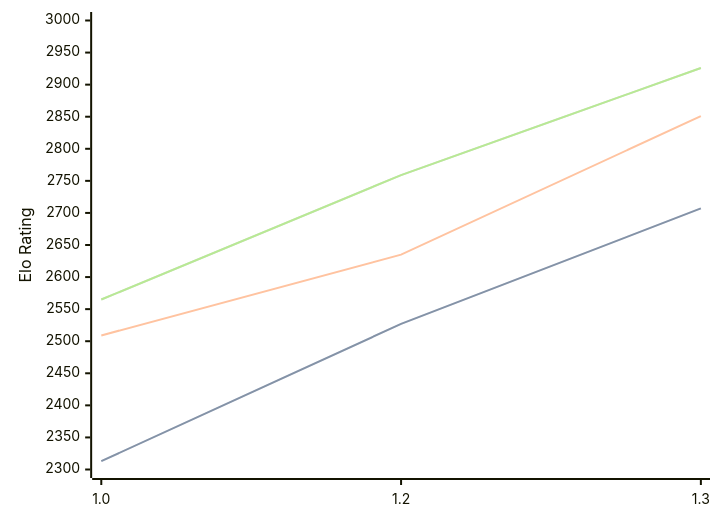
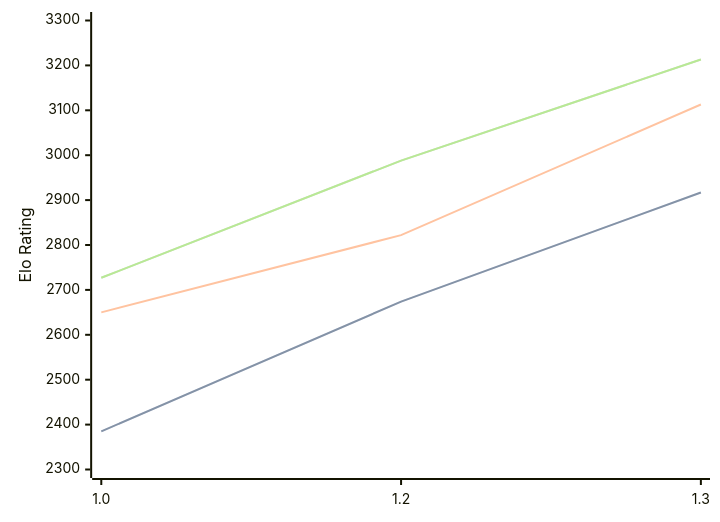
One commit to computer-chess-index/cci changed the diagram in engines/Chessnix.md. Above: the diagram before and after it, drawn with Mermaid. The commit also changed other lines of this file, not shown here.

Commit message:
Update CCI Ratings (ELO VLTC) - 2026-02-24

````diff
--- a/engines/Chessnix.md
+++ b/engines/Chessnix.md
@@ -31,11 +32,11 @@
 ```mermaid
 %%{init: {"theme":"base","themeVariables":{"seriesColors:['#a3a3a3','#222221','#faa371']}}}%%
 xychart-beta
   x-axis ["1.0", "1.2", "1.3"]
-  y-axis "Elo Rating" 2300 --> 3000
-  line "STC (8.0+0.08s)" [2313, 2527, 2707]
-  line "STC (8.0+0.08s)" [2313, 2527, 2707]
-  line "LTC (60.0+0.60s)" [2509, 2635, 2851]
-  line "VLTC (2m24s+1.12s)" [2565, 2759, 2926]
-  line "VLTC (2m24s+1.12s)" [2565, 2759, 2926]
+  y-axis "Elo Rating" 2300 --> 3300
+  line "STC (8.0+0.08s)" [2385, 2674, 2917]
+  line "STC (8.0+0.08s)" [2385, 2674, 2917]
+  line "LTC (60.0+0.60s)" [2650, 2822, 3113]
+  line "VLTC (2m24s+1.12s)" [2727, 2988, 3213]
+  line "VLTC (2m24s+1.12s)" [2727, 2988, 3213]
 ```
````
